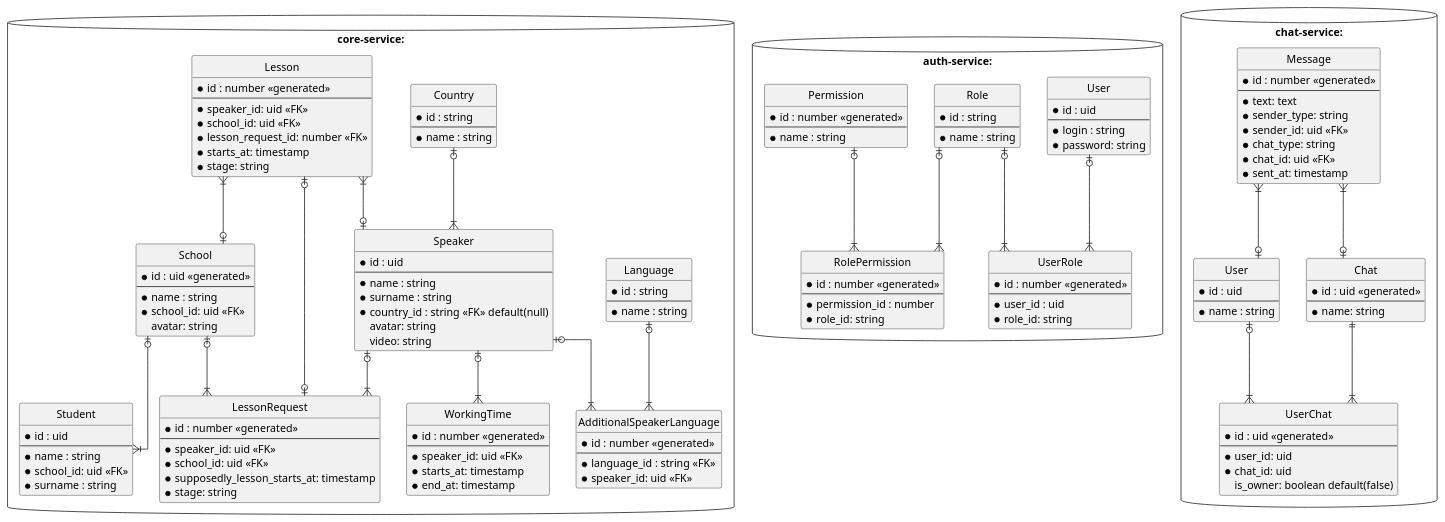
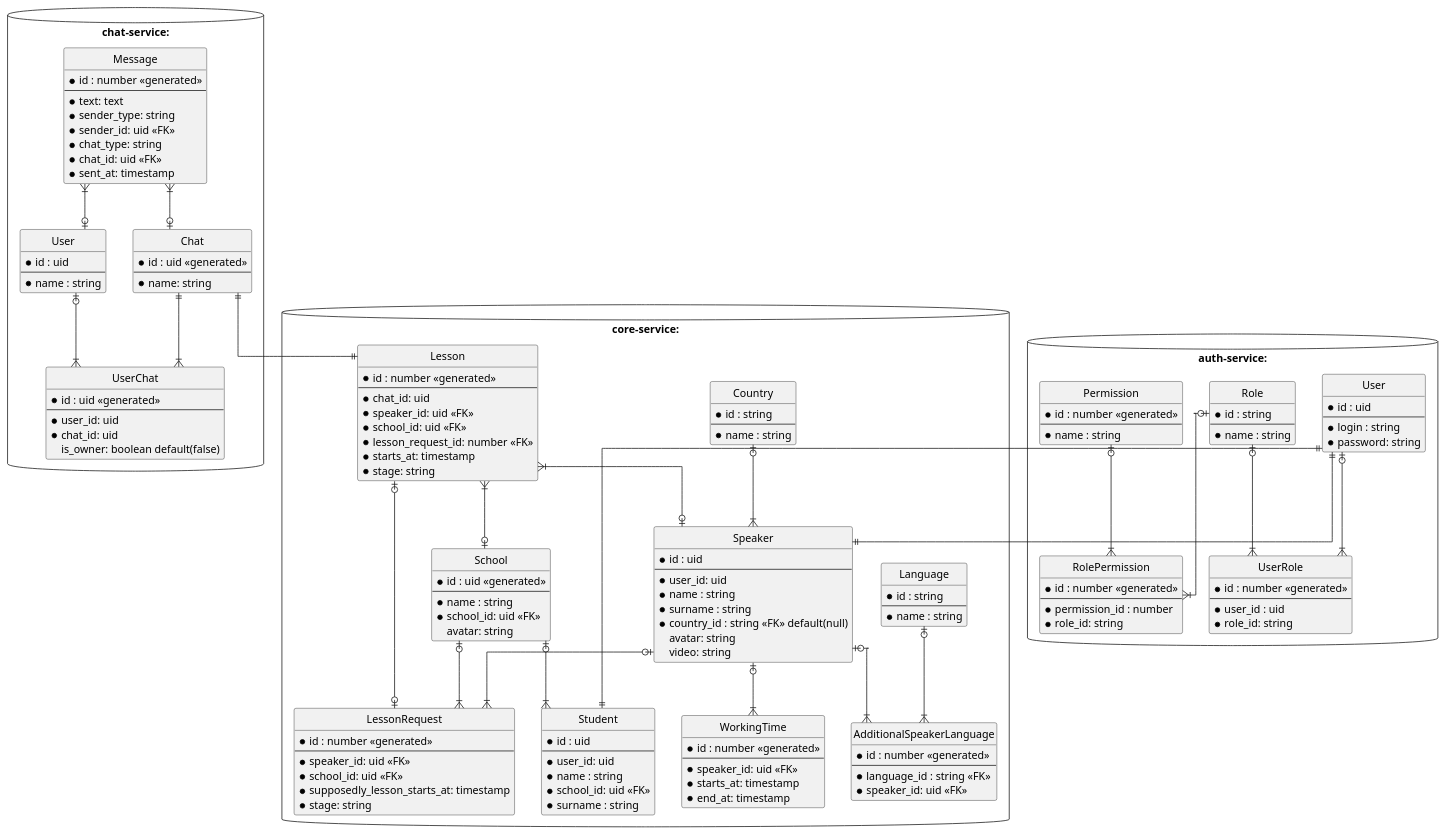
The diagram in stand/dbschema.puml (egal/framework), drawn with PlantUML before and after one commit.

Commit message:
chat-lesson relation, user-student/speaker relation

```diff
--- a/stand/dbschema.puml
+++ b/stand/dbschema.puml
@@ -1,173 +1,179 @@
 @startuml
 ' hide the spot
 hide circle
 
 ' avoid problems with angled crows feet
 skinparam linetype ortho
 
 database core-service: {
 
 entity "Student" as stud {
   *id : uid
   --
+  *user_id: uid
   *name : string
   *school_id: uid <<FK>>
   *surname : string
 }
 
 entity "Speaker" as speaker {
   *id : uid
   --
+  *user_id: uid
   *name : string
   *surname : string
   *country_id : string <<FK>> default(null)
   avatar: string
   video: string
 }
 
 entity "School" as school {
   *id : uid <<generated>>
   --
   *name : string
   *school_id: uid <<FK>>
   avatar: string
 }
 
 
 entity "Language" as lang {
   *id : string
   --
   *name : string
 }
 
 entity "Country" as country {
   *id : string
   --
   *name : string
 }
 
 entity "AdditionalSpeakerLanguage" as speaker_lang {
   *id : number <<generated>>
   --
   *language_id : string <<FK>>
   *speaker_id: uid <<FK>>
 }
 
 entity "WorkingTime" as working_time {
   *id : number <<generated>>
   --
   *speaker_id: uid <<FK>>
   *starts_at: timestamp
   *end_at: timestamp
 }
 
 entity "LessonRequest" as lesson_request {
   *id : number <<generated>>
   --
   *speaker_id: uid <<FK>>
   *school_id: uid <<FK>>
   *supposedly_lesson_starts_at: timestamp
   *stage: string
 }
 
 entity "Lesson" as lesson {
   *id : number <<generated>>
   --
+  *chat_id: uid
   *speaker_id: uid <<FK>>
   *school_id: uid <<FK>>
   *lesson_request_id: number <<FK>>
   *starts_at: timestamp
   *stage: string
 }
 
 speaker |o--|{ speaker_lang
 country |o--|{ speaker
 lesson  |o--o| lesson_request
 lesson  }|--o| speaker
 lesson  }|--o| school
 speaker |o--|{ lesson_request
 school  |o--|{ lesson_request
 school  |o--|{ stud
 lang    |o--|{ speaker_lang
 speaker |o--|{ working_time
 }
 
 database auth-service: {
 entity "User" as user {
   *id : uid
   --
   *login : string
   *password: string
 }
 
 entity "UserRole" as user_role {
   *id : number <<generated>>
   --
   *user_id : uid
   *role_id: string
 }
 
 entity "RolePermission" as role_permission {
   *id : number <<generated>>
   --
   *permission_id : number
   *role_id: string
 }
 
 entity "Permission" as permission {
   *id : number <<generated>>
   --
   *name : string
 }
 
 entity "Role" as role {
   *id : string
   --
   *name : string
 }
 
  user    |o--|{ user_role
  role    |o--|{ user_role
  role    |o--|{ role_permission
  permission |o--|{ role_permission
 }
 
 database chat-service: {
 entity "Message" as message {
   *id : number <<generated>>
   --
   *text: text
   *sender_type: string
   *sender_id: uid <<FK>>
   *chat_type: string
   *chat_id: uid <<FK>>
   *sent_at: timestamp
 }
 
 entity "User" as chat_user {
   *id : uid
   --
   *name : string
 }
 
 entity "Chat" as chat {
   *id : uid <<generated>>
   --
   *name: string
 }
 
 entity "UserChat" as user_chat {
   *id : uid <<generated>>
   --
   *user_id: uid
   *chat_id: uid
   is_owner: boolean default(false)
 }
 
 
 chat_user |o--|{ user_chat
 chat  ||--|{ user_chat
 message }|--o| chat_user
 message }|--o| chat
 }
+chat ||--|| lesson
+user ||--|| stud
+user ||--|| speaker
 @enduml
```
